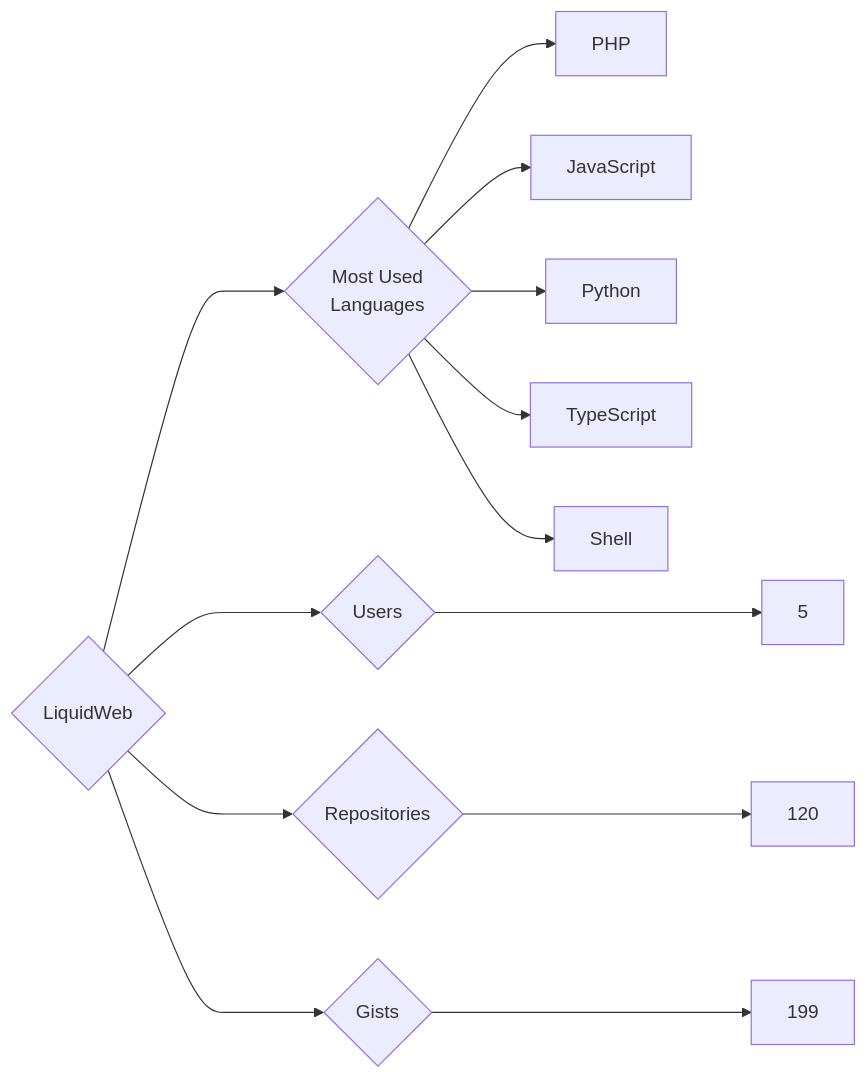
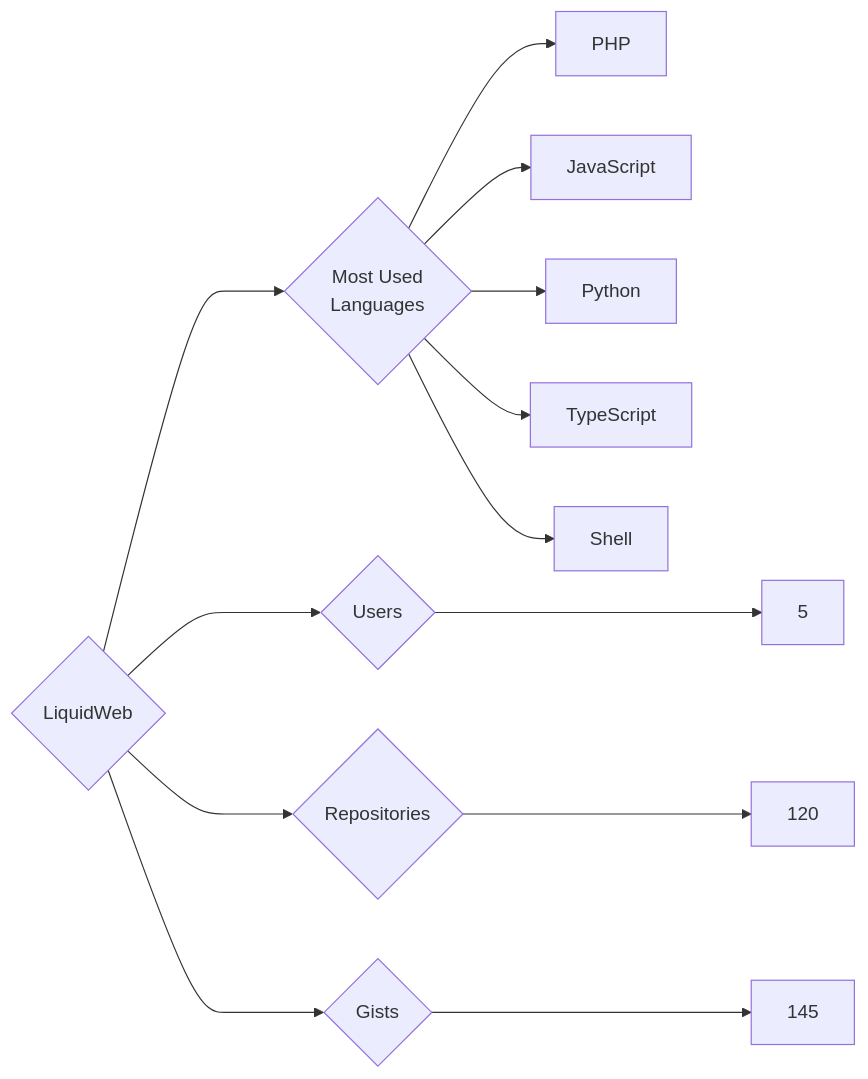
Before and after one commit to trickest/insiders: the diagram in targets/LiquidWeb/README.md, drawn with Mermaid. The commit also changed 629 other files, not shown here.

````diff
--- a/targets/LiquidWeb/README.md
+++ b/targets/LiquidWeb/README.md
@@ -3,13 +3,13 @@
 ```mermaid
 graph LR
 COMPANY_NAME{LiquidWeb}
 COMPANY_NAME ---> U{Users} ---> UN[5]
 COMPANY_NAME ---> R{Repositories} ---> RN[120]
-COMPANY_NAME ---> G{Gists} ---> GN[199]
+COMPANY_NAME ---> G{Gists} ---> GN[145]
 COMPANY_NAME ---> ML{Most Used<br>Languages}
 ML --> PHP[PHP]
 ML --> JavaScript[JavaScript]
 ML --> Python[Python]
 ML --> TypeScript[TypeScript]
 ML --> Shell[Shell]
 ```
````
